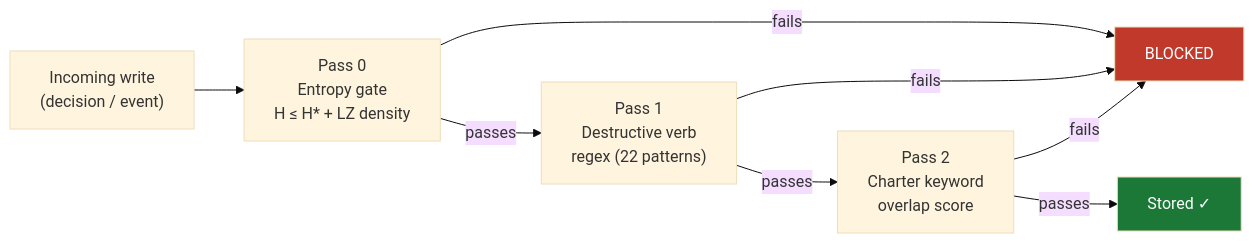
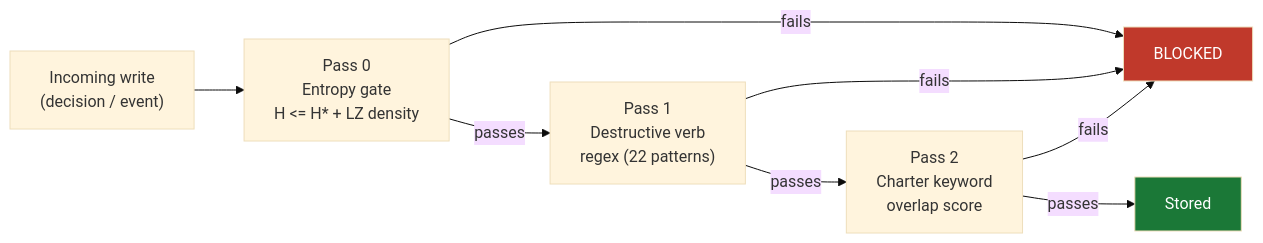
The fifth of 5 diagrams in README.md (parnish007/contextforge), drawn with Mermaid (base theme) before and after one commit. The commit also changed other lines of this file, not shown here.

````diff
--- a/README.md
+++ b/README.md
@@ -301,20 +258,20 @@
 ```mermaid
 flowchart LR
     INPUT["Incoming write\n(decision / event)"]
-    P0["Pass 0\nEntropy gate\nH ≤ H* + LZ density"]
+    P0["Pass 0\nEntropy gate\nH <= H* + LZ density"]
     P1["Pass 1\nDestructive verb\nregex (22 patterns)"]
     P2["Pass 2\nCharter keyword\noverlap score"]
-    OK["Stored ✓"]
+    OK["Stored"]
     BLOCK["BLOCKED"]
 
     INPUT --> P0
     P0 -->|"fails"| BLOCK
     P0 -->|"passes"| P1
     P1 -->|"fails"| BLOCK
     P1 -->|"passes"| P2
     P2 -->|"fails"| BLOCK
     P2 -->|"passes"| OK
 
     style BLOCK fill:#C0392B,color:#fff
     style OK fill:#1B7837,color:#fff
 ```
````
